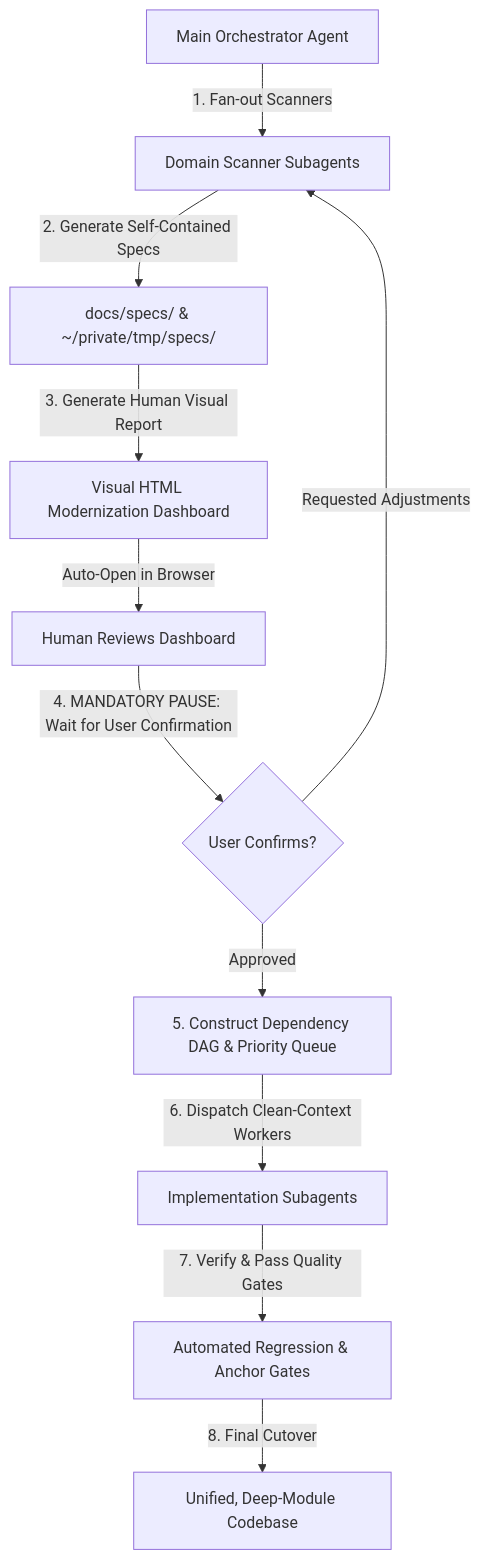
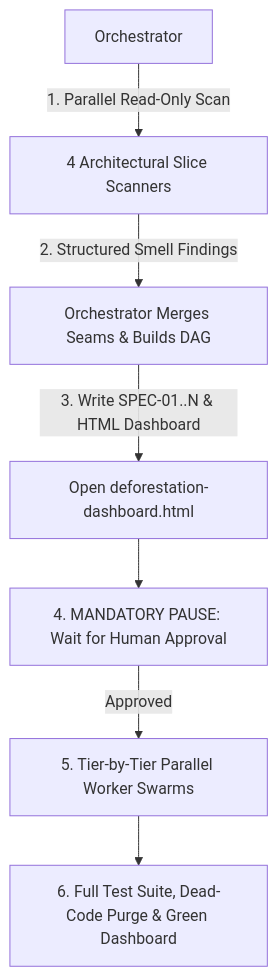
The diagram in skills/deforestation/SKILL.md (mcmxciillan/code-gardening), drawn with Mermaid before and after one commit. The commit also changed other lines of this file and 10 other files, not shown here.

Commit message:
refactor(skills): sharpen context pointers, extract PILLARS/DASHBOARD references, and fix subagent execution flows

````diff
--- a/skills/deforestation/SKILL.md
+++ b/skills/deforestation/SKILL.md
@@ -17,13 +12,9 @@
 ```mermaid
 graph TD
-    Orchestrator[Main Orchestrator Agent] -->|1. Fan-out Scanners| Scanners[Domain Scanner Subagents]
-    Scanners -->|2. Generate Self-Contained Specs| Specs[docs/specs/ & ~/private/tmp/specs/]
-    Specs -->|3. Generate Human Visual Report| HTML[Visual HTML Modernization Dashboard]
-    HTML -->|Auto-Open in Browser| User[Human Reviews Dashboard]
-    User -->|4. MANDATORY PAUSE: Wait for User Confirmation| ConfirmCheck{User Confirms?}
-    ConfirmCheck -->|Approved| DAG[5. Construct Dependency DAG & Priority Queue]
-    ConfirmCheck -->|Requested Adjustments| Scanners
-    DAG -->|6. Dispatch Clean-Context Workers| Workers[Implementation Subagents]
-    Workers -->|7. Verify & Pass Quality Gates| Review[Automated Regression & Anchor Gates]
-    Review -->|8. Final Cutover| CleanCodebase[Unified, Deep-Module Codebase]
+    Orchestrator["Orchestrator"] -->|1. Parallel Read-Only Scan| Scanners["4 Architectural Slice Scanners"]
+    Scanners -->|2. Structured Smell Findings| Dedupe["Orchestrator Merges Seams & Builds DAG"]
+    Dedupe -->|3. Write SPEC-01..N & HTML Dashboard| HTML["Open deforestation-dashboard.html"]
+    HTML --> Gate["4. MANDATORY PAUSE: Wait for Human Approval"]
+    Gate -->|Approved| Swarm["5. Tier-by-Tier Parallel Worker Swarms"]
+    Swarm --> Cutover["6. Full Test Suite, Dead-Code Purge & Green Dashboard"]
 ```
````
